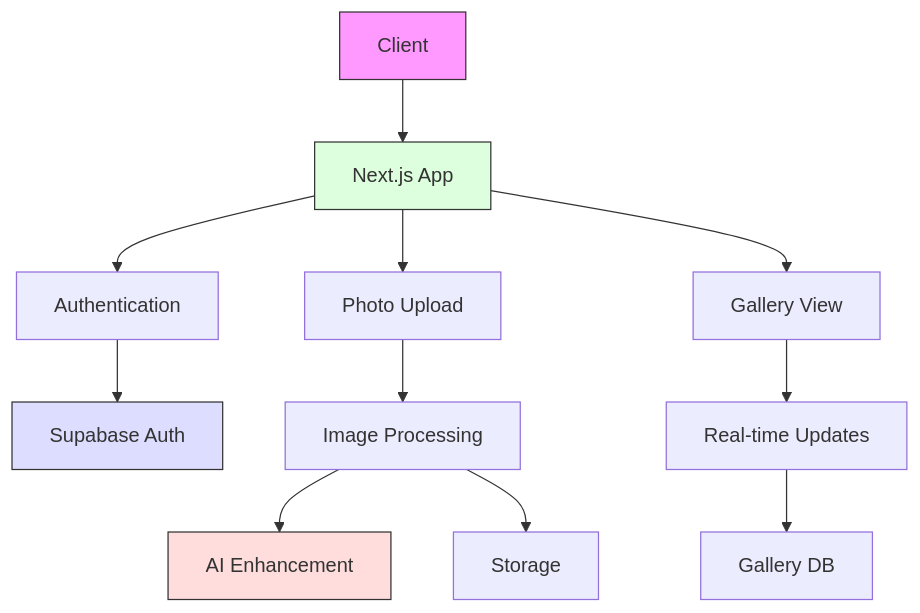
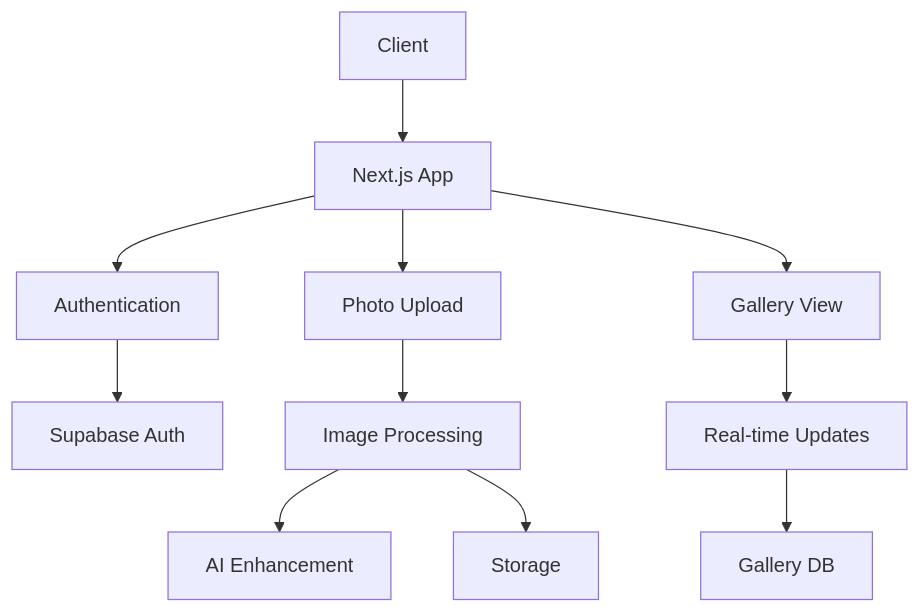
One commit to mrj0nesmtl/cloud-burst changed the first of 5 diagrams in README.md. Above: the diagram before and after it, drawn with Mermaid. The commit also changed other lines of this file and 1 other file, not shown here.

````diff
--- a/README.md
+++ b/README.md
@@ -23,20 +37,15 @@
 ```mermaid
 graph TD
     A[Client] --> B[Next.js App]
     B --> C[Authentication]
     B --> D[Photo Upload]
     B --> E[Gallery View]
     
     C --> F[Supabase Auth]
     D --> G[Image Processing]
     G --> H[AI Enhancement]
     G --> I[Storage]
     
     E --> J[Real-time Updates]
     J --> K[Gallery DB]
-    
-    style A fill:#f9f,stroke:#333
-    style B fill:#dfd,stroke:#333
-    style F fill:#ddf,stroke:#333
-    style H fill:#fdd,stroke:#333
 ```
````
